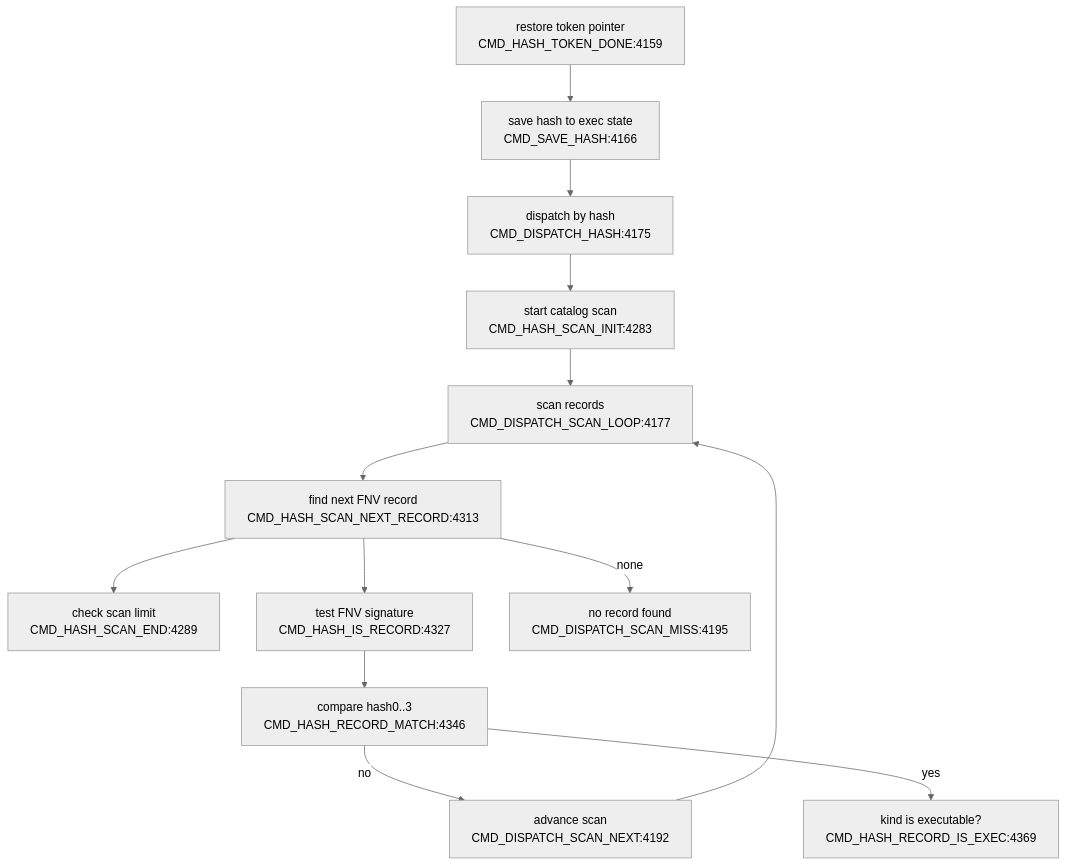
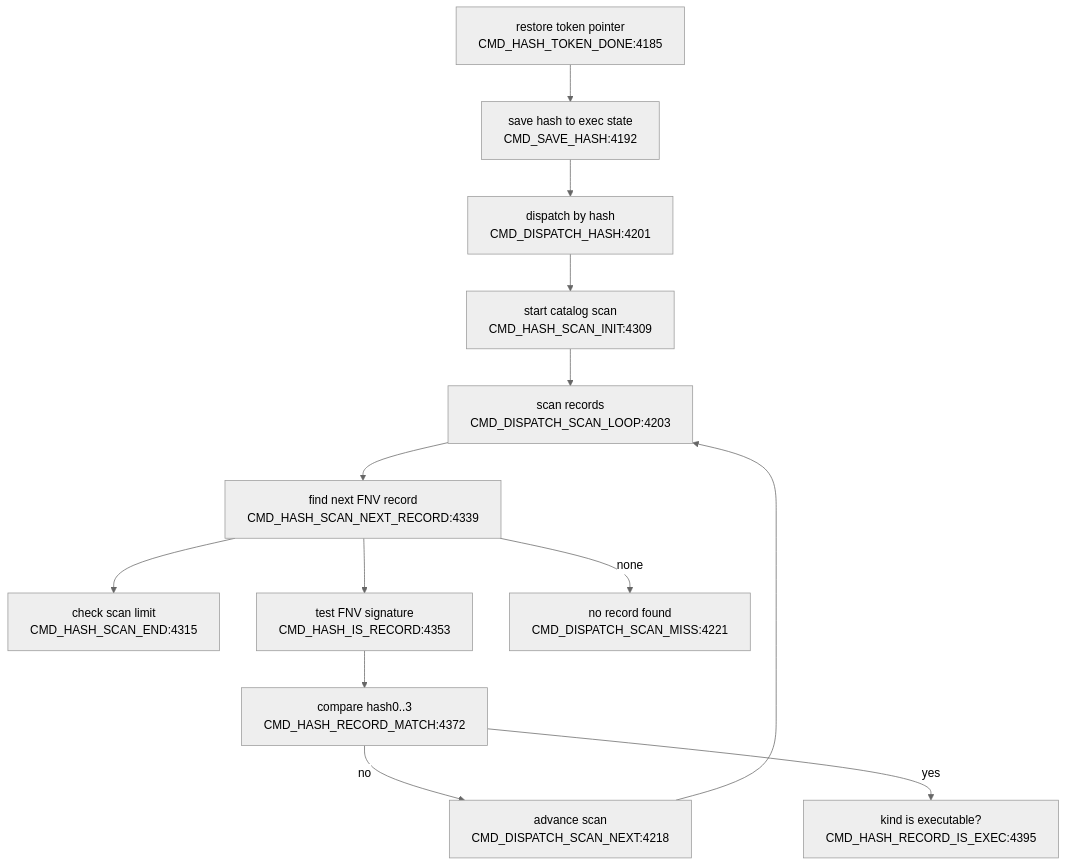
The third of 4 diagrams in DOC/GENERATED/CMD_FLOW_MAP.md (95westus/R-YORS), drawn with Mermaid (neutral theme) before and after one commit. The commit also changed other lines of this file and 33 other files, not shown here.

````diff
--- a/DOC/GENERATED/CMD_FLOW_MAP.md
+++ b/DOC/GENERATED/CMD_FLOW_MAP.md
@@ -40,15 +40,15 @@
 ```mermaid
 flowchart TD
-    DONE["restore token pointer<br/>CMD_HASH_TOKEN_DONE:4159"] --> SAVEHASH["save hash to exec state<br/>CMD_SAVE_HASH:4166"]
-    SAVEHASH --> DISPATCH["dispatch by hash<br/>CMD_DISPATCH_HASH:4175"]
-    DISPATCH --> SCANINIT["start catalog scan<br/>CMD_HASH_SCAN_INIT:4283"]
-    SCANINIT --> SCANLOOP["scan records<br/>CMD_DISPATCH_SCAN_LOOP:4177"]
-    SCANLOOP --> NEXTREC["find next FNV record<br/>CMD_HASH_SCAN_NEXT_RECORD:4313"]
-    NEXTREC --> ENDCHK["check scan limit<br/>CMD_HASH_SCAN_END:4289"]
-    NEXTREC --> ISREC["test FNV signature<br/>CMD_HASH_IS_RECORD:4327"]
-    NEXTREC -->|none| MISS["no record found<br/>CMD_DISPATCH_SCAN_MISS:4195"]
-    ISREC --> MATCH["compare hash0..3<br/>CMD_HASH_RECORD_MATCH:4346"]
-    MATCH -->|no| ADV["advance scan<br/>CMD_DISPATCH_SCAN_NEXT:4192"]
+    DONE["restore token pointer<br/>CMD_HASH_TOKEN_DONE:4185"] --> SAVEHASH["save hash to exec state<br/>CMD_SAVE_HASH:4192"]
+    SAVEHASH --> DISPATCH["dispatch by hash<br/>CMD_DISPATCH_HASH:4201"]
+    DISPATCH --> SCANINIT["start catalog scan<br/>CMD_HASH_SCAN_INIT:4309"]
+    SCANINIT --> SCANLOOP["scan records<br/>CMD_DISPATCH_SCAN_LOOP:4203"]
+    SCANLOOP --> NEXTREC["find next FNV record<br/>CMD_HASH_SCAN_NEXT_RECORD:4339"]
+    NEXTREC --> ENDCHK["check scan limit<br/>CMD_HASH_SCAN_END:4315"]
+    NEXTREC --> ISREC["test FNV signature<br/>CMD_HASH_IS_RECORD:4353"]
+    NEXTREC -->|none| MISS["no record found<br/>CMD_DISPATCH_SCAN_MISS:4221"]
+    ISREC --> MATCH["compare hash0..3<br/>CMD_HASH_RECORD_MATCH:4372"]
+    MATCH -->|no| ADV["advance scan<br/>CMD_DISPATCH_SCAN_NEXT:4218"]
     ADV --> SCANLOOP
-    MATCH -->|yes| EXECOK["kind is executable?<br/>CMD_HASH_RECORD_IS_EXEC:4369"]
+    MATCH -->|yes| EXECOK["kind is executable?<br/>CMD_HASH_RECORD_IS_EXEC:4395"]
 ```
````
